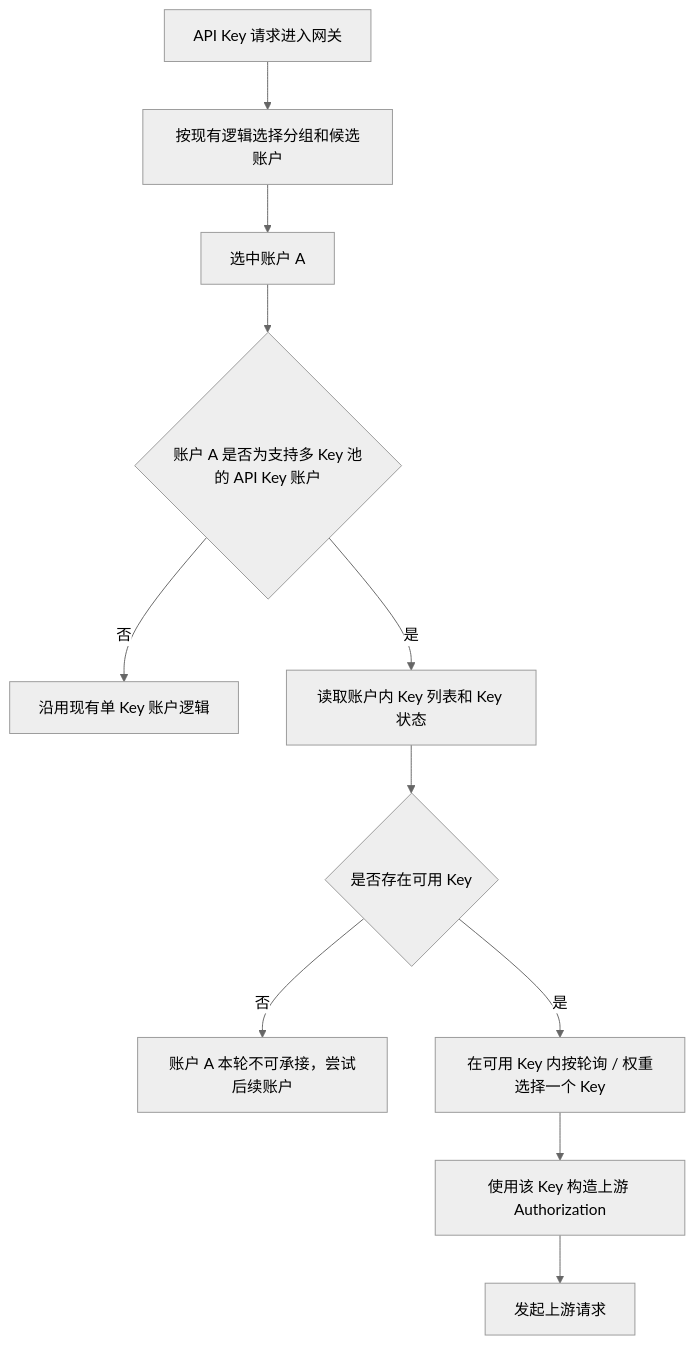
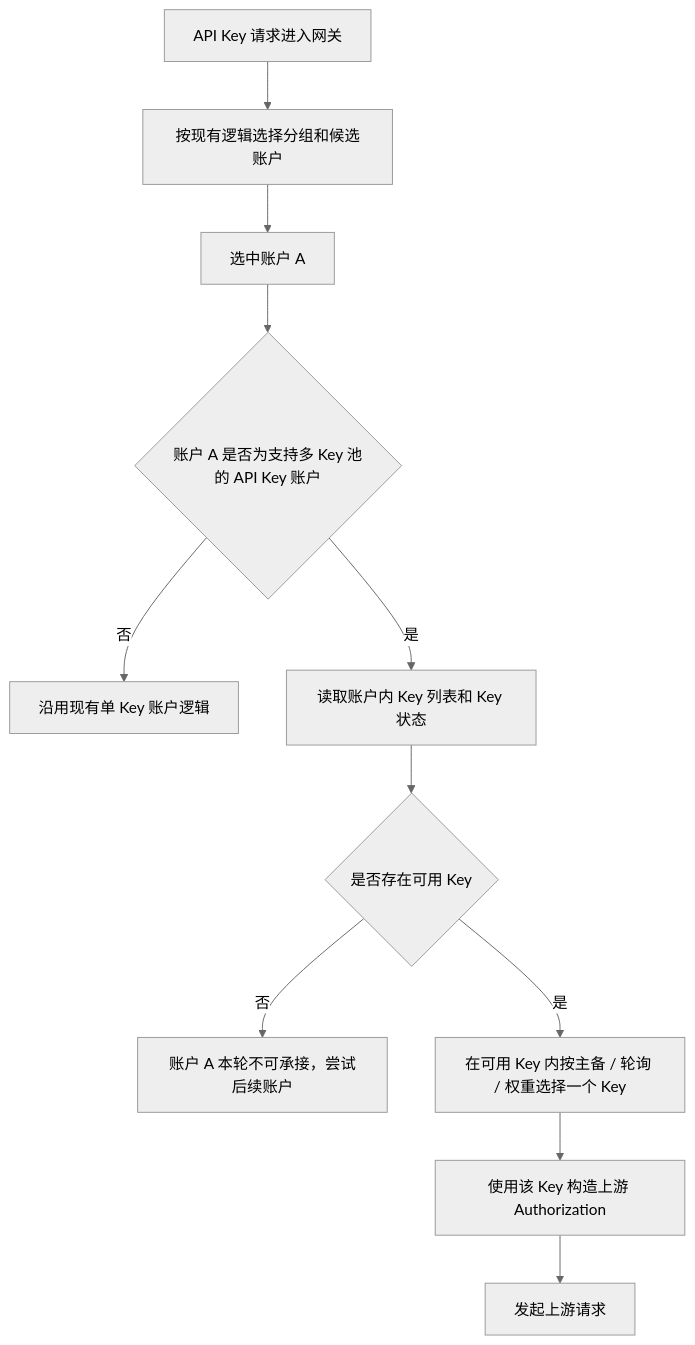
One commit to huanmin123/juhe-ai changed the first of 2 diagrams in docs/functions/账户内APIKey故障隔离设计.md. Above: the diagram before and after it, drawn with Mermaid (neutral theme). The commit also changed other lines of this file and 52 other files, not shown here.

````diff
--- a/docs/functions/账户内APIKey故障隔离设计.md
+++ b/docs/functions/账户内APIKey故障隔离设计.md
@@ -44,13 +46,13 @@
 ```mermaid
 flowchart TD
   A["API Key 请求进入网关"] --> B["按现有逻辑选择分组和候选账户"]
   B --> C["选中账户 A"]
   C --> D{"账户 A 是否为支持多 Key 池的 API Key 账户"}
   D -- "否" --> E["沿用现有单 Key 账户逻辑"]
   D -- "是" --> F["读取账户内 Key 列表和 Key 状态"]
   F --> G{"是否存在可用 Key"}
   G -- "否" --> H["账户 A 本轮不可承接，尝试后续账户"]
-  G -- "是" --> I["在可用 Key 内按轮询 / 权重选择一个 Key"]
+  G -- "是" --> I["在可用 Key 内按主备 / 轮询 / 权重选择一个 Key"]
   I --> J["使用该 Key 构造上游 Authorization"]
   J --> K["发起上游请求"]
 ```
````
